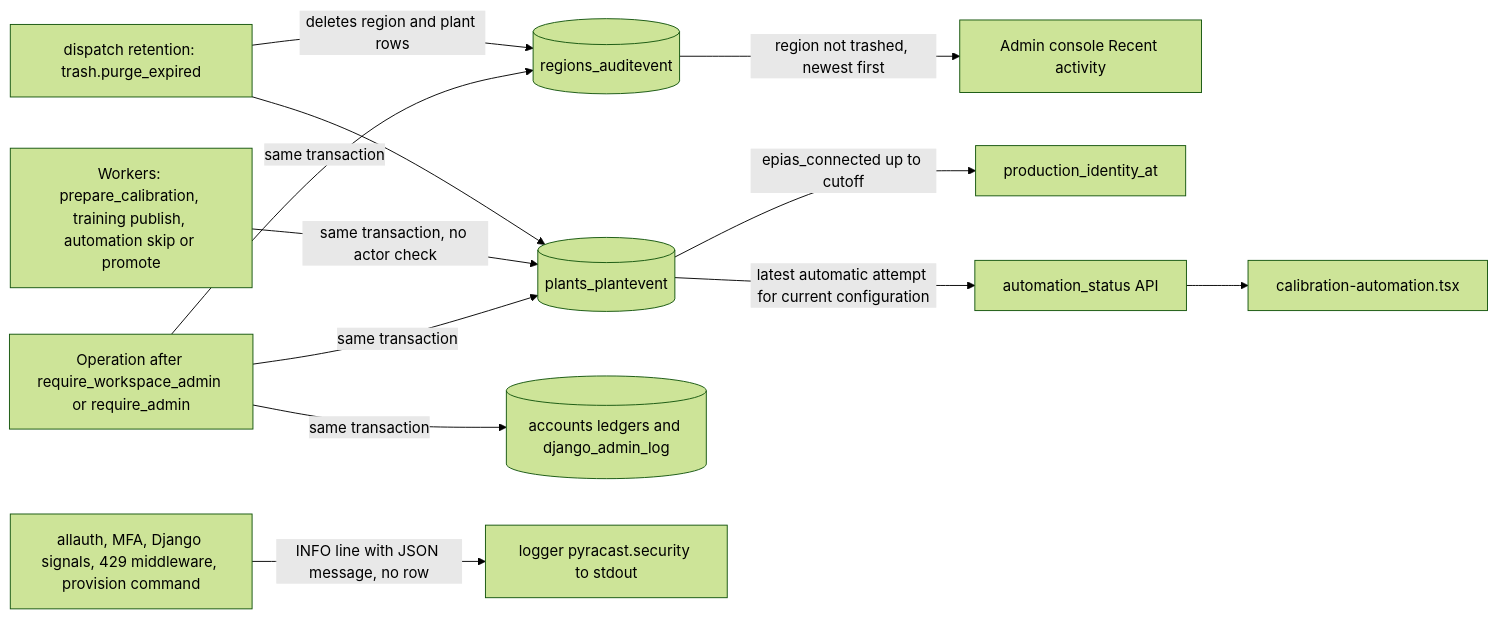
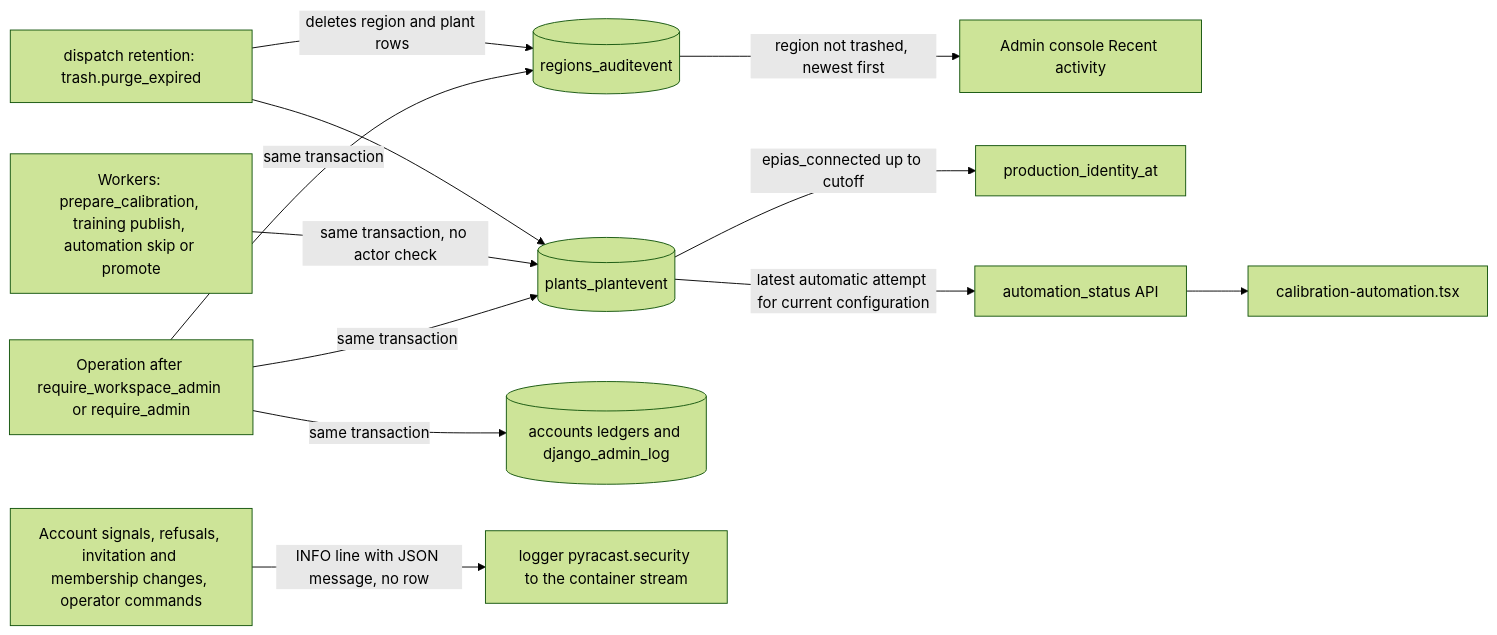
Before and after one commit to erkurtharun/pyracast: the diagram in docs/flows/audit-trail.md, drawn with Mermaid (forest theme). The commit also changed other lines of this file and 58 other files, not shown here.

First line of the commit message:
Allow shared workspace names and unify invitation limits and security events (#41)

````diff
--- a/docs/flows/audit-trail.md
+++ b/docs/flows/audit-trail.md
@@ -17,14 +17,14 @@
 ```mermaid
 flowchart LR
     OP["Operation after require_workspace_admin or require_admin"] -->|"same transaction"| AE[("regions_auditevent")]
     OP -->|"same transaction"| PE[("plants_plantevent")]
     OP -->|"same transaction"| LG[("accounts ledgers and django_admin_log")]
     WK["Workers: prepare_calibration, training publish, automation skip or promote"] -->|"same transaction, no actor check"| PE
-    SIG["allauth, MFA, Django signals, 429 middleware, provision command"] -->|"INFO line with JSON message, no row"| LOG["logger pyracast.security to stdout"]
+    SIG["Account signals, refusals, invitation and membership changes, operator commands"] -->|"INFO line with JSON message, no row"| LOG["logger pyracast.security to the container stream"]
     AE -->|"region not trashed, newest first"| CON["Admin console Recent activity"]
     PE -->|"epias_connected up to cutoff"| ID["production_identity_at"]
     PE -->|"latest automatic attempt for current configuration"| AS["automation_status API"]
     AS --> WEB["calibration-automation.tsx"]
     PUR["dispatch retention: trash.purge_expired"] -->|"deletes region and plant rows"| AE
     PUR --> PE
 ```
````
